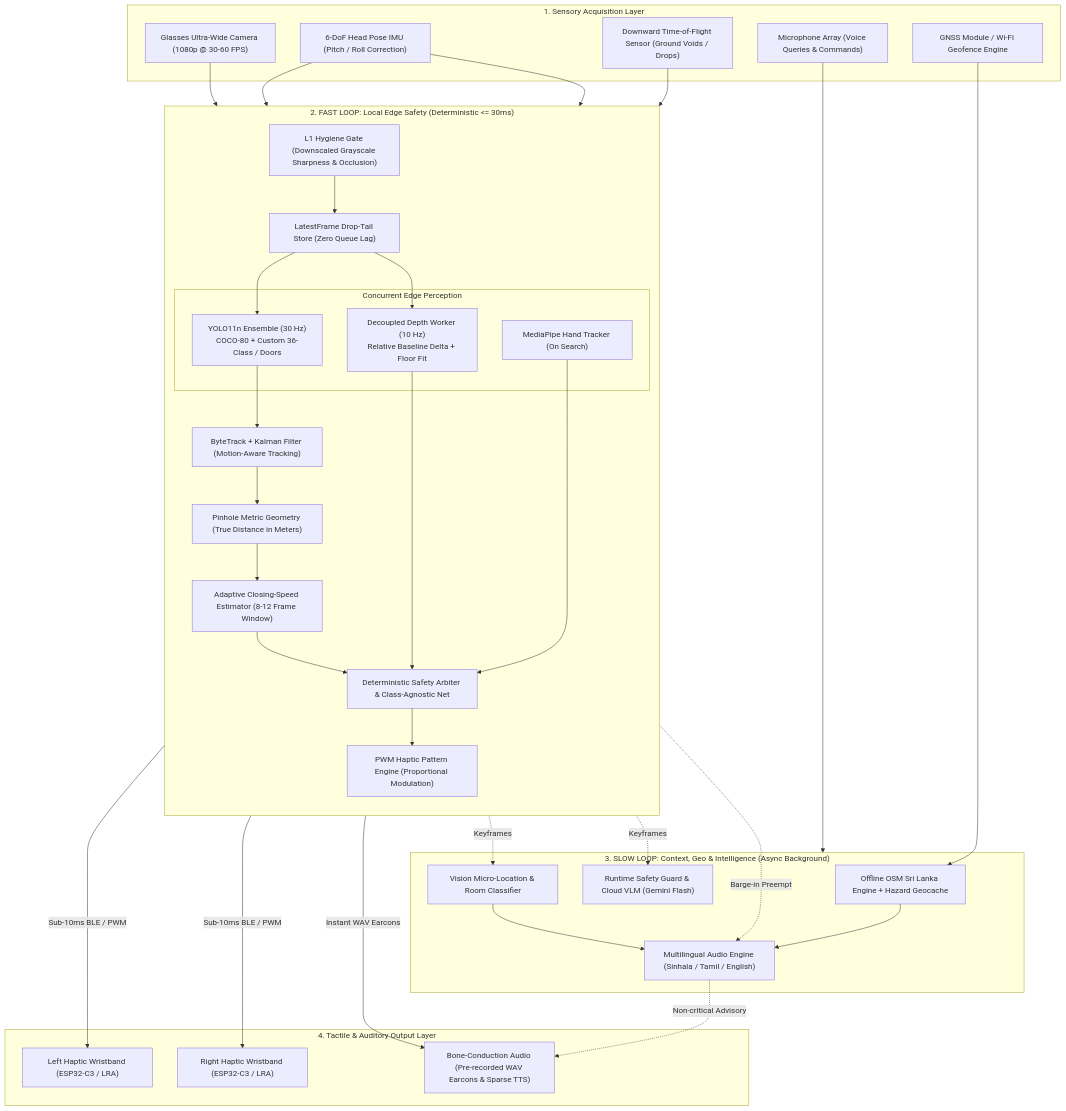
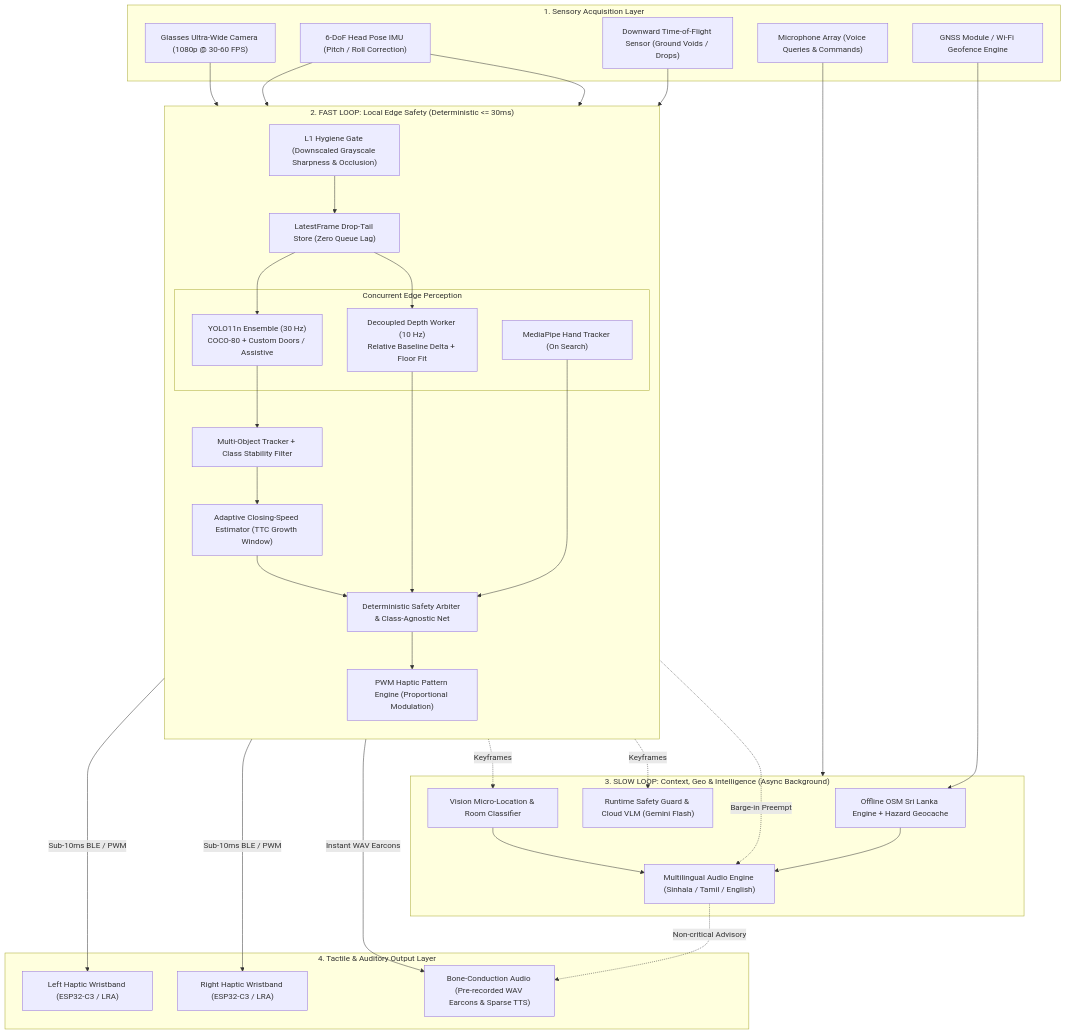
One commit to MahenDulnith/Nethra changed the first of 2 diagrams in docs/MASTER_IMPLEMENTATION_PLAN.md. Above: the diagram before and after it, drawn with Mermaid. The commit also changed other lines of this file, not shown here.

Commit message:
docs(plan): remove Section 3.1 Pinhole Camera Geometry from MASTER_IMPLEMENTATION_PLAN.md

````diff
--- a/docs/MASTER_IMPLEMENTATION_PLAN.md
+++ b/docs/MASTER_IMPLEMENTATION_PLAN.md
@@ -25,61 +25,60 @@
 ```mermaid
 flowchart TD
     subgraph SENSORY_INGESTION ["1. Sensory Acquisition Layer"]
         CAM["Glasses Ultra-Wide Camera (1080p @ 30-60 FPS)"]
         IMU["6-DoF Head Pose IMU (Pitch / Roll Correction)"]
         TOF["Downward Time-of-Flight Sensor (Ground Voids / Drops)"]
         MIC["Microphone Array (Voice Queries & Commands)"]
         GPS["GNSS Module / Wi-Fi Geofence Engine"]
     end
 
     subgraph FAST_LOOP ["2. FAST LOOP: Local Edge Safety (Deterministic <= 30ms)"]
         direction TB
         L1["L1 Hygiene Gate (Downscaled Grayscale Sharpness & Occlusion)"]
         DROP_SLOT["LatestFrame Drop-Tail Store (Zero Queue Lag)"]
         
         subgraph CONCURRENT_PERCEPTION ["Concurrent Edge Perception"]
-            YOLO["YOLO11n Ensemble (30 Hz)<br/>COCO-80 + Custom 36-Class / Doors"]
+            YOLO["YOLO11n Ensemble (30 Hz)<br/>COCO-80 + Custom Doors / Assistive"]
             DEPTH["Decoupled Depth Worker (10 Hz)<br/>Relative Baseline Delta + Floor Fit"]
             HAND["MediaPipe Hand Tracker (On Search)"]
         end
         
-        TRACK["ByteTrack + Kalman Filter (Motion-Aware Tracking)"]
-        PINHOLE["Pinhole Metric Geometry (True Distance in Meters)"]
-        TTC["Adaptive Closing-Speed Estimator (8-12 Frame Window)"]
+        TRACK["Multi-Object Tracker + Class Stability Filter"]
+        TTC["Adaptive Closing-Speed Estimator (TTC Growth Window)"]
         ARBITER["Deterministic Safety Arbiter & Class-Agnostic Net"]
         HAPTIC_ENG["PWM Haptic Pattern Engine (Proportional Modulation)"]
     end
 
     subgraph SLOW_LOOP ["3. SLOW LOOP: Context, Geo & Intelligence (Async Background)"]
         GEO["Offline OSM Sri Lanka Engine + Hazard Geocache"]
         ROOM_INF["Vision Micro-Location & Room Classifier"]
         AUDIO_TTS["Multilingual Audio Engine (Sinhala / Tamil / English)"]
         VLM_GUARD["Runtime Safety Guard & Cloud VLM (Gemini Flash)"]
     end
 
     subgraph ACTUATION ["4. Tactile & Auditory Output Layer"]
         LEFT_WB["Left Haptic Wristband (ESP32-C3 / LRA)"]
         RIGHT_WB["Right Haptic Wristband (ESP32-C3 / LRA)"]
         BONE["Bone-Conduction Audio (Pre-recorded WAV Earcons & Sparse TTS)"]
     end
 
     CAM --> L1 --> DROP_SLOT
     DROP_SLOT --> YOLO & DEPTH
-    IMU --> DEPTH & PINHOLE
+    IMU --> DEPTH & TTC
     TOF --> ARBITER
     MIC --> SLOW_LOOP
     GPS --> GEO
 
-    YOLO --> TRACK --> PINHOLE --> TTC --> ARBITER
+    YOLO --> TRACK --> TTC --> ARBITER
     DEPTH --> ARBITER
     HAND --> ARBITER
     ARBITER --> HAPTIC_ENG
 
     HAPTIC_ENG -->|Sub-10ms BLE / PWM| LEFT_WB & RIGHT_WB
     ARBITER -->|Instant WAV Earcons| BONE
     
     YOLO -.->|Keyframes| ROOM_INF & VLM_GUARD
     GEO & ROOM_INF --> AUDIO_TTS
     AUDIO_TTS -.->|Non-critical Advisory| BONE
     ARBITER -.->|Barge-in Preempt| AUDIO_TTS
 ```
````
